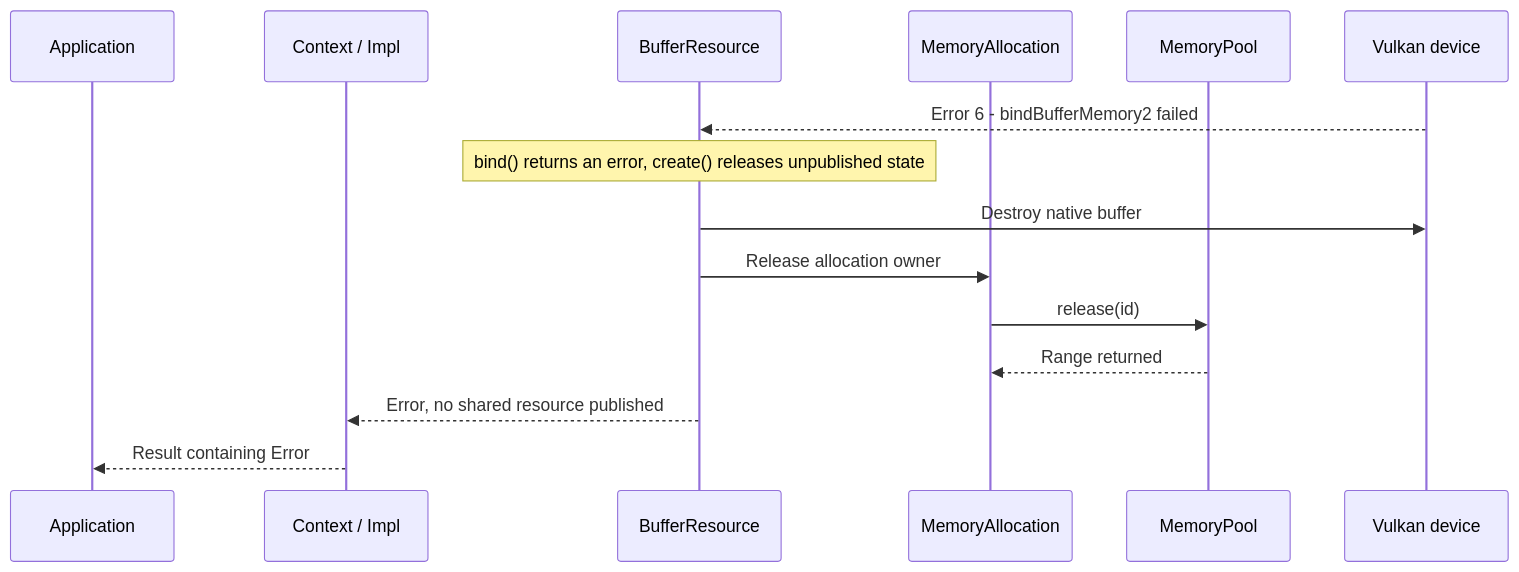
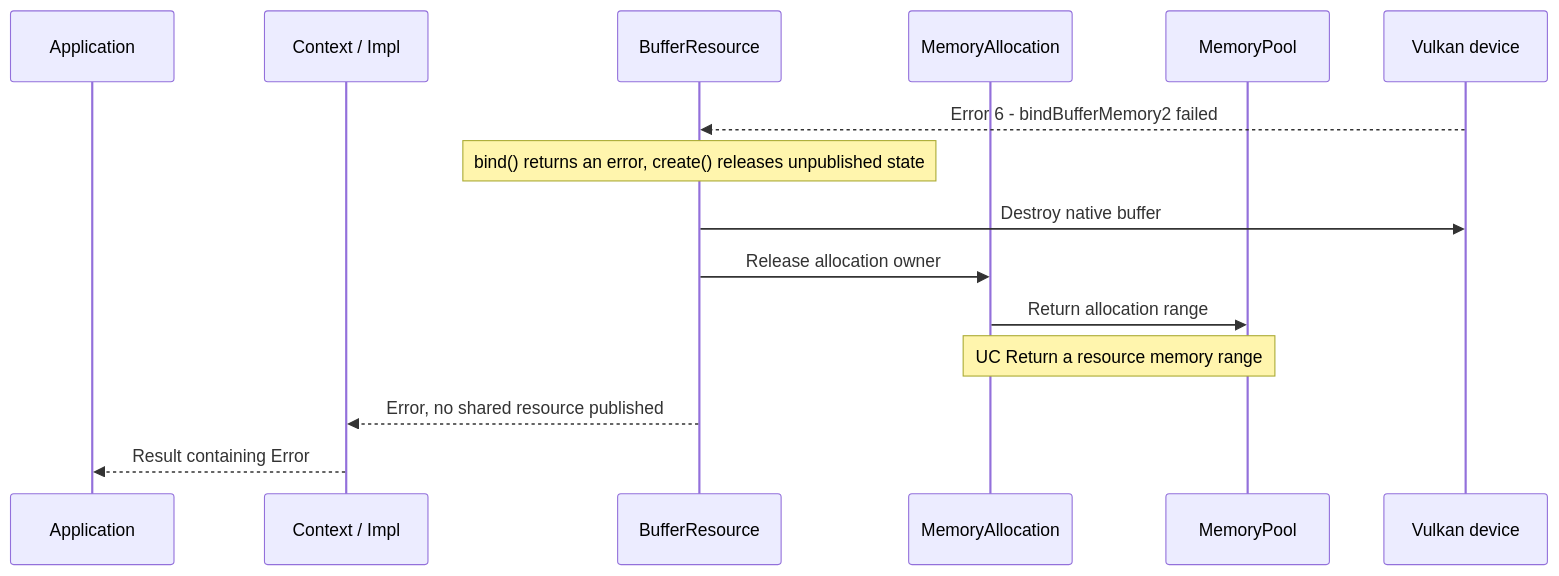
The third of 3 diagrams in docs/use-cases/create-buffer.md (a-soltysik/Panda), drawn with Mermaid before and after one commit. The commit also changed other lines of this file and 23 other files, not shown here.

Commit message:
Align use-case references and document shared upload flows (#82)

````diff
--- a/docs/use-cases/create-buffer.md
+++ b/docs/use-cases/create-buffer.md
@@ -168,17 +159,17 @@
 ```mermaid
 sequenceDiagram
     participant A as Application
     participant C as Context / Impl
     participant R as BufferResource
     participant M as MemoryAllocation
     participant P as MemoryPool
     participant V as Vulkan device
     V -->> R: Error 6 - bindBufferMemory2 failed
     Note over R: bind() returns an error, create() releases unpublished state
     R ->> V: Destroy native buffer
     R ->> M: Release allocation owner
-    M ->> P: release(id)
-    P -->> M: Range returned
+    M ->> P: Return allocation range
+    Note over M,P: UC Return a resource memory range
     R -->> C: Error, no shared resource published
     C -->> A: Result containing Error
 ```
````
